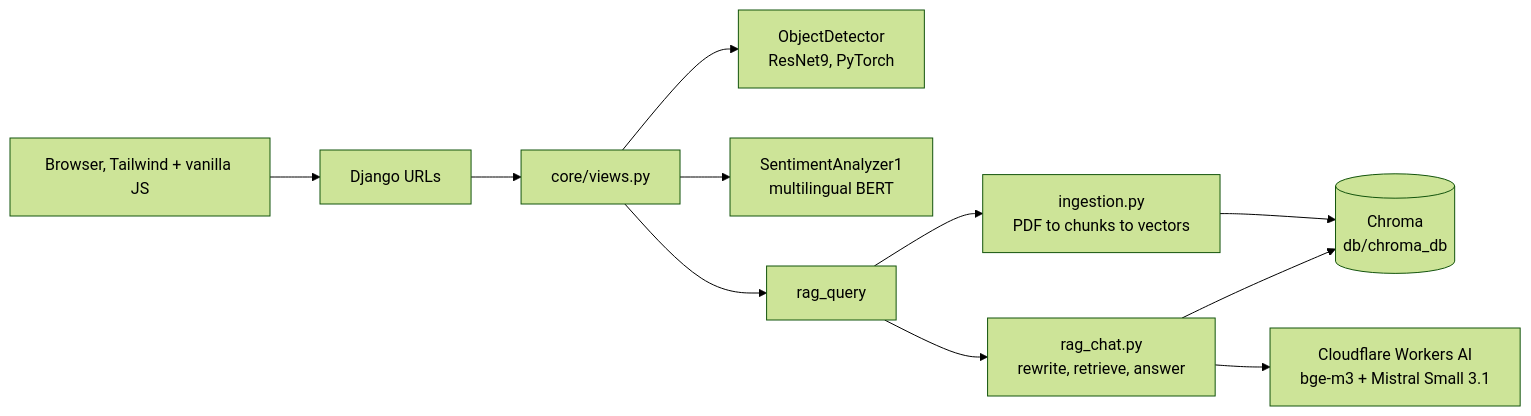
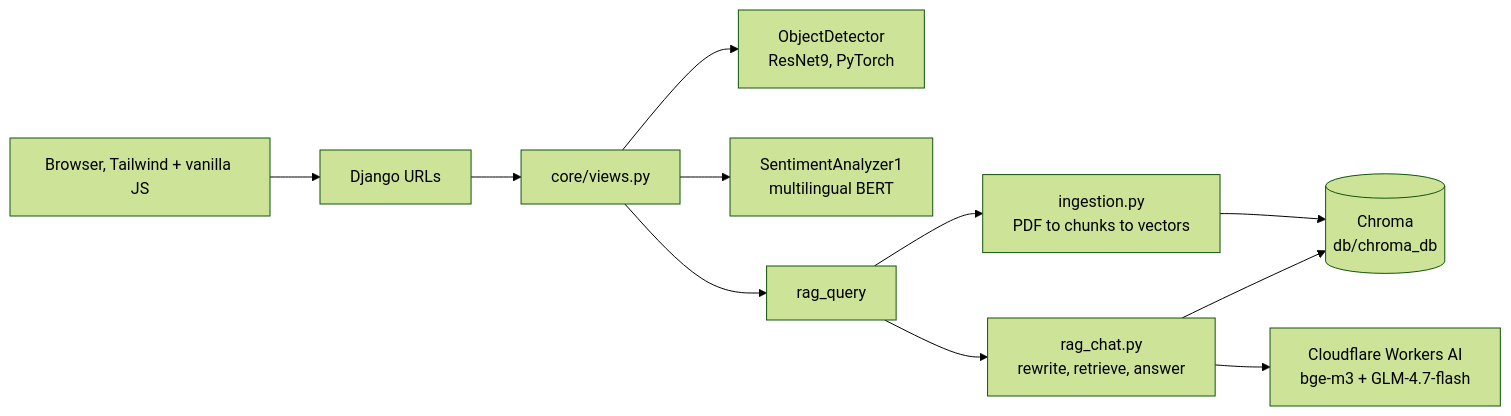
The diagram in README.md (hakimLyon/E-VIE-chatbot), drawn with Mermaid (forest theme) before and after one commit. The commit also changed other lines of this file and 2 other files, not shown here.

Commit message:
Switch chat model to GLM-4.7-flash

````diff
--- a/README.md
+++ b/README.md
@@ -20,13 +20,13 @@
 ```mermaid
 flowchart LR
     B[Browser, Tailwind + vanilla JS] --> U[Django URLs]
     U --> V[core/views.py]
     V --> D[ObjectDetector<br/>ResNet9, PyTorch]
     V --> S[SentimentAnalyzer1<br/>multilingual BERT]
     V --> R[rag_query]
     R --> I[ingestion.py<br/>PDF to chunks to vectors]
     R --> Q[rag_chat.py<br/>rewrite, retrieve, answer]
     I --> C[(Chroma<br/>db/chroma_db)]
     Q --> C
-    Q --> O[Cloudflare Workers AI<br/>bge-m3 + Mistral Small 3.1]
+    Q --> O[Cloudflare Workers AI<br/>bge-m3 + GLM-4.7-flash]
 ```
````
